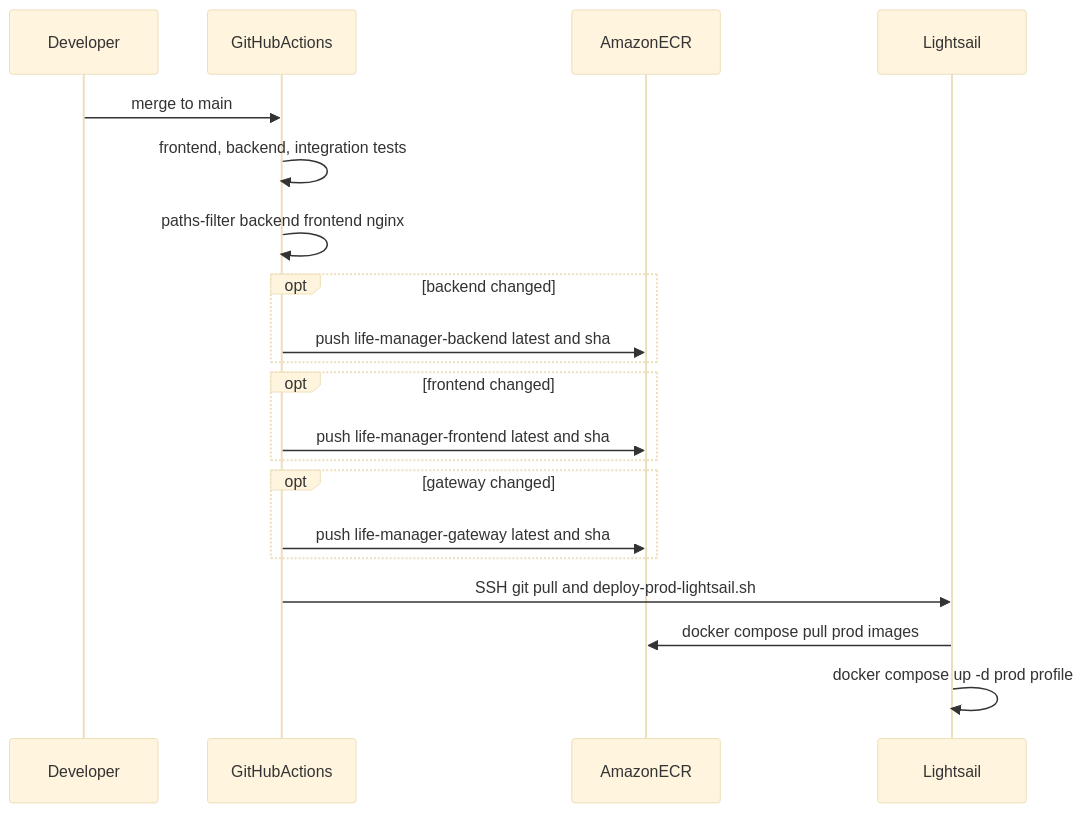
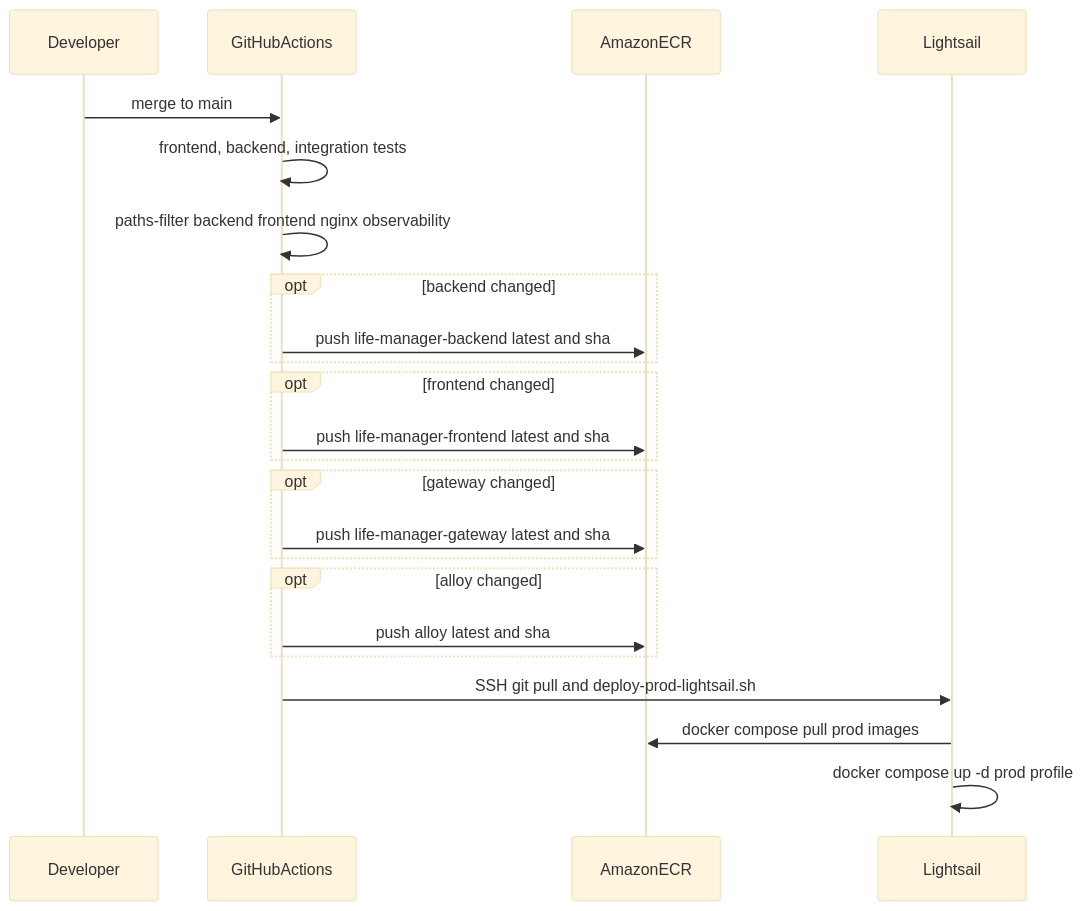
One commit to mikeyjay39/life-manager changed the fourth of 5 diagrams in docs/architecture.md. Above: the diagram before and after it, drawn with Mermaid (base theme). The commit also changed other lines of this file and 6 other files, not shown here.

````diff
--- a/docs/architecture.md
+++ b/docs/architecture.md
@@ -118,23 +118,26 @@
 ```mermaid
 sequenceDiagram
   participant Dev as Developer
   participant GH as GitHubActions
   participant ECR as AmazonECR
   participant LS as Lightsail
 
   Dev->>GH: merge to main
   GH->>GH: frontend, backend, integration tests
-  GH->>GH: paths-filter backend frontend nginx
+  GH->>GH: paths-filter backend frontend nginx observability
   opt backend changed
     GH->>ECR: push life-manager-backend latest and sha
   end
   opt frontend changed
     GH->>ECR: push life-manager-frontend latest and sha
   end
   opt gateway changed
     GH->>ECR: push life-manager-gateway latest and sha
   end
+  opt alloy changed
+    GH->>ECR: push alloy latest and sha
+  end
   GH->>LS: SSH git pull and deploy-prod-lightsail.sh
   LS->>ECR: docker compose pull prod images
   LS->>LS: docker compose up -d prod profile
 ```
````
